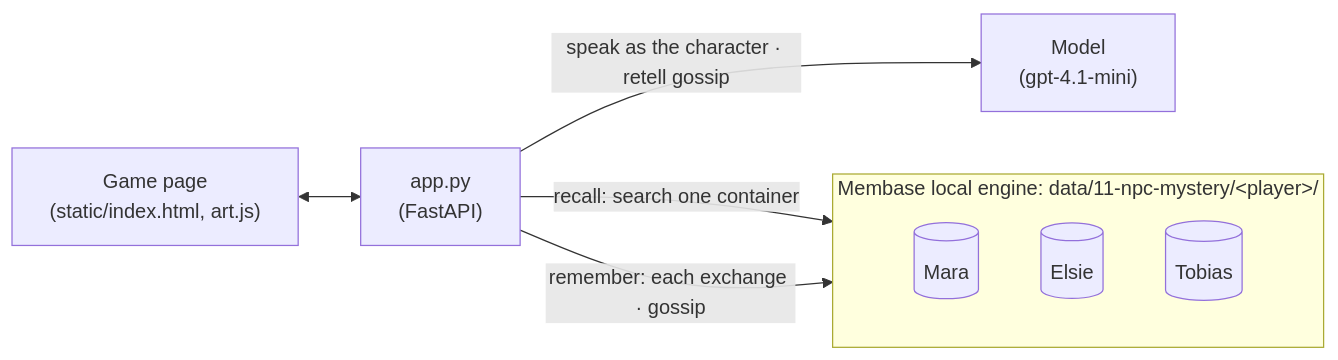
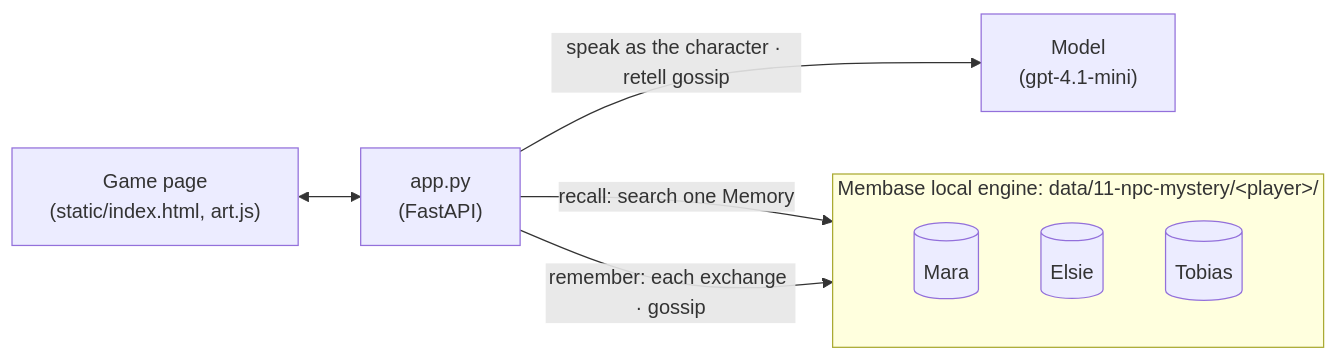
Before and after one commit to unibaseio/membase-use-cases: the diagram in 11-npc-mystery/README.md, drawn with Mermaid. The commit also changed other lines of this file and 55 other files, not shown here.

````diff
--- a/11-npc-mystery/README.md
+++ b/11-npc-mystery/README.md
@@ -41,12 +41,12 @@
 ```mermaid
 flowchart LR
   P["Game page<br/>(static/index.html, art.js)"] <--> A["app.py<br/>(FastAPI)"]
-  A -- "recall: search one container" --> M
+  A -- "recall: search one Memory" --> M
   A -- "remember: each exchange · gossip" --> M
   subgraph M["Membase local engine: data/11-npc-mystery/&lt;player&gt;/"]
     Ma[("Mara")]
     El[("Elsie")]
     To[("Tobias")]
   end
   A -- "speak as the character · retell gossip" --> L["Model<br/>(gpt-4.1-mini)"]
 ```
````
